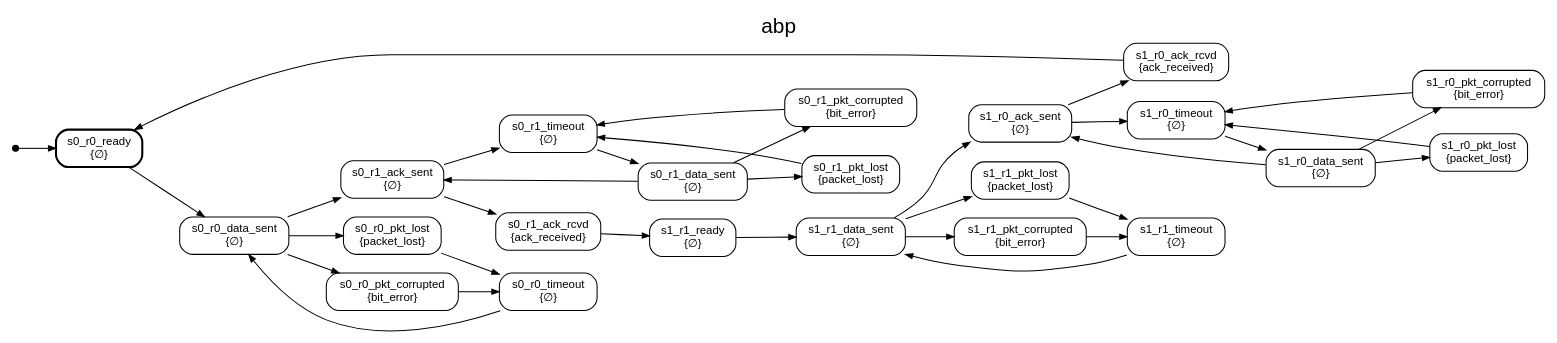
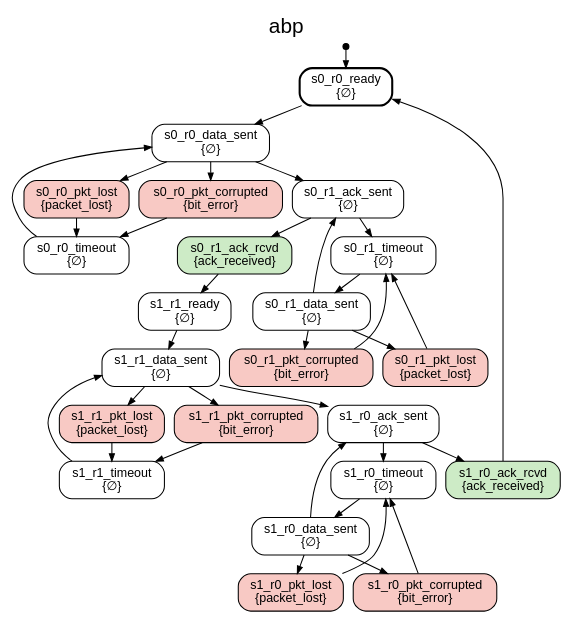
One commit to eylulebrar/blg345e-project changed the diagram in report/diagrams/abp.dot. Above: the diagram before and after it, drawn with Graphviz. The commit also changed 68 other files, not shown here.

Commit message:
Merged report, extra tests, NuSMV comparison and diagram scripts

```diff
--- a/report/diagrams/abp.dot
+++ b/report/diagrams/abp.dot
@@ -1,62 +1,62 @@
 digraph G {
-  rankdir=LR;
+  rankdir=TB; nodesep=0.12; ranksep=0.25;
   label="abp"; labelloc=t; fontsize=20; fontname="Helvetica";
-  node [shape=box, style=rounded, fontname="Helvetica", fontsize=11];
+  node [shape=box, style=rounded, fontname="Helvetica", fontsize=12];
   edge [arrowsize=0.7];
   __start0 [shape=point, width=0.08];
   __start0 -> "s0_r0_ready";
   "s0_r0_ready" [label="s0_r0_ready\n{∅}", penwidth=2];
   "s0_r0_data_sent" [label="s0_r0_data_sent\n{∅}"];
   "s0_r1_ack_sent" [label="s0_r1_ack_sent\n{∅}"];
-  "s0_r0_pkt_lost" [label="s0_r0_pkt_lost\n{packet_lost}"];
-  "s0_r0_pkt_corrupted" [label="s0_r0_pkt_corrupted\n{bit_error}"];
-  "s0_r1_ack_rcvd" [label="s0_r1_ack_rcvd\n{ack_received}"];
+  "s0_r0_pkt_lost" [label="s0_r0_pkt_lost\n{packet_lost}", style="rounded,filled", fillcolor="#f8c9c4"];
+  "s0_r0_pkt_corrupted" [label="s0_r0_pkt_corrupted\n{bit_error}", style="rounded,filled", fillcolor="#f8c9c4"];
+  "s0_r1_ack_rcvd" [label="s0_r1_ack_rcvd\n{ack_received}", style="rounded,filled", fillcolor="#cdebc6"];
   "s0_r1_timeout" [label="s0_r1_timeout\n{∅}"];
   "s0_r0_timeout" [label="s0_r0_timeout\n{∅}"];
   "s1_r1_ready" [label="s1_r1_ready\n{∅}"];
   "s0_r1_data_sent" [label="s0_r1_data_sent\n{∅}"];
   "s1_r1_data_sent" [label="s1_r1_data_sent\n{∅}"];
-  "s0_r1_pkt_lost" [label="s0_r1_pkt_lost\n{packet_lost}"];
-  "s0_r1_pkt_corrupted" [label="s0_r1_pkt_corrupted\n{bit_error}"];
+  "s0_r1_pkt_lost" [label="s0_r1_pkt_lost\n{packet_lost}", style="rounded,filled", fillcolor="#f8c9c4"];
+  "s0_r1_pkt_corrupted" [label="s0_r1_pkt_corrupted\n{bit_error}", style="rounded,filled", fillcolor="#f8c9c4"];
   "s1_r0_ack_sent" [label="s1_r0_ack_sent\n{∅}"];
-  "s1_r1_pkt_lost" [label="s1_r1_pkt_lost\n{packet_lost}"];
-  "s1_r1_pkt_corrupted" [label="s1_r1_pkt_corrupted\n{bit_error}"];
-  "s1_r0_ack_rcvd" [label="s1_r0_ack_rcvd\n{ack_received}"];
+  "s1_r1_pkt_lost" [label="s1_r1_pkt_lost\n{packet_lost}", style="rounded,filled", fillcolor="#f8c9c4"];
+  "s1_r1_pkt_corrupted" [label="s1_r1_pkt_corrupted\n{bit_error}", style="rounded,filled", fillcolor="#f8c9c4"];
+  "s1_r0_ack_rcvd" [label="s1_r0_ack_rcvd\n{ack_received}", style="rounded,filled", fillcolor="#cdebc6"];
   "s1_r0_timeout" [label="s1_r0_timeout\n{∅}"];
   "s1_r1_timeout" [label="s1_r1_timeout\n{∅}"];
   "s1_r0_data_sent" [label="s1_r0_data_sent\n{∅}"];
-  "s1_r0_pkt_lost" [label="s1_r0_pkt_lost\n{packet_lost}"];
-  "s1_r0_pkt_corrupted" [label="s1_r0_pkt_corrupted\n{bit_error}"];
+  "s1_r0_pkt_lost" [label="s1_r0_pkt_lost\n{packet_lost}", style="rounded,filled", fillcolor="#f8c9c4"];
+  "s1_r0_pkt_corrupted" [label="s1_r0_pkt_corrupted\n{bit_error}", style="rounded,filled", fillcolor="#f8c9c4"];
   "s0_r0_ready" -> "s0_r0_data_sent";
   "s0_r0_data_sent" -> "s0_r1_ack_sent";
   "s0_r0_data_sent" -> "s0_r0_pkt_lost";
   "s0_r0_data_sent" -> "s0_r0_pkt_corrupted";
   "s0_r1_ack_sent" -> "s0_r1_ack_rcvd";
   "s0_r1_ack_sent" -> "s0_r1_timeout";
   "s0_r0_pkt_lost" -> "s0_r0_timeout";
   "s0_r0_pkt_corrupted" -> "s0_r0_timeout";
   "s0_r1_ack_rcvd" -> "s1_r1_ready";
   "s0_r1_timeout" -> "s0_r1_data_sent";
   "s0_r0_timeout" -> "s0_r0_data_sent";
   "s1_r1_ready" -> "s1_r1_data_sent";
   "s0_r1_data_sent" -> "s0_r1_ack_sent";
   "s0_r1_data_sent" -> "s0_r1_pkt_lost";
   "s0_r1_data_sent" -> "s0_r1_pkt_corrupted";
   "s1_r1_data_sent" -> "s1_r0_ack_sent";
   "s1_r1_data_sent" -> "s1_r1_pkt_lost";
   "s1_r1_data_sent" -> "s1_r1_pkt_corrupted";
   "s0_r1_pkt_lost" -> "s0_r1_timeout";
   "s0_r1_pkt_corrupted" -> "s0_r1_timeout";
   "s1_r0_ack_sent" -> "s1_r0_ack_rcvd";
   "s1_r0_ack_sent" -> "s1_r0_timeout";
   "s1_r1_pkt_lost" -> "s1_r1_timeout";
   "s1_r1_pkt_corrupted" -> "s1_r1_timeout";
   "s1_r0_ack_rcvd" -> "s0_r0_ready";
   "s1_r0_timeout" -> "s1_r0_data_sent";
   "s1_r1_timeout" -> "s1_r1_data_sent";
   "s1_r0_data_sent" -> "s1_r0_ack_sent";
   "s1_r0_data_sent" -> "s1_r0_pkt_lost";
   "s1_r0_data_sent" -> "s1_r0_pkt_corrupted";
   "s1_r0_pkt_lost" -> "s1_r0_timeout";
   "s1_r0_pkt_corrupted" -> "s1_r0_timeout";
 }
```
